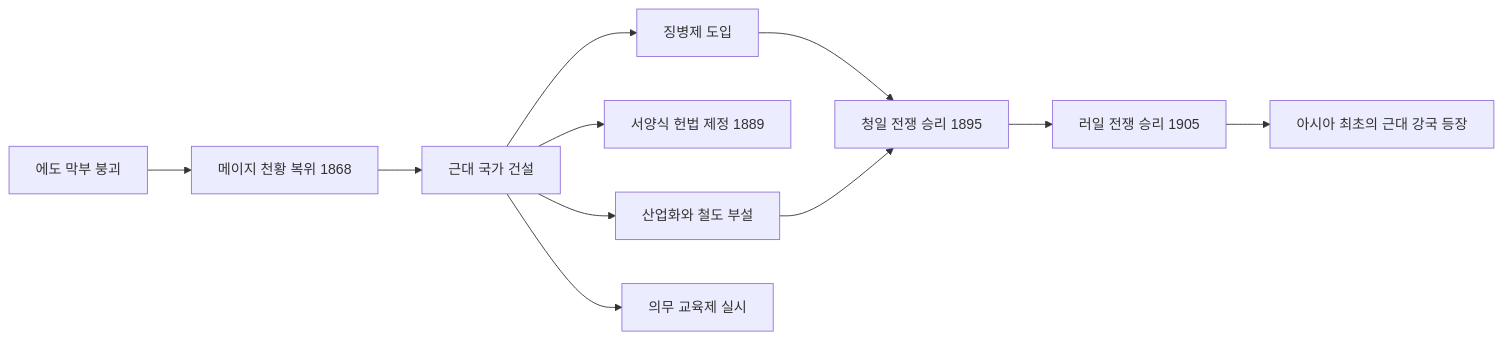
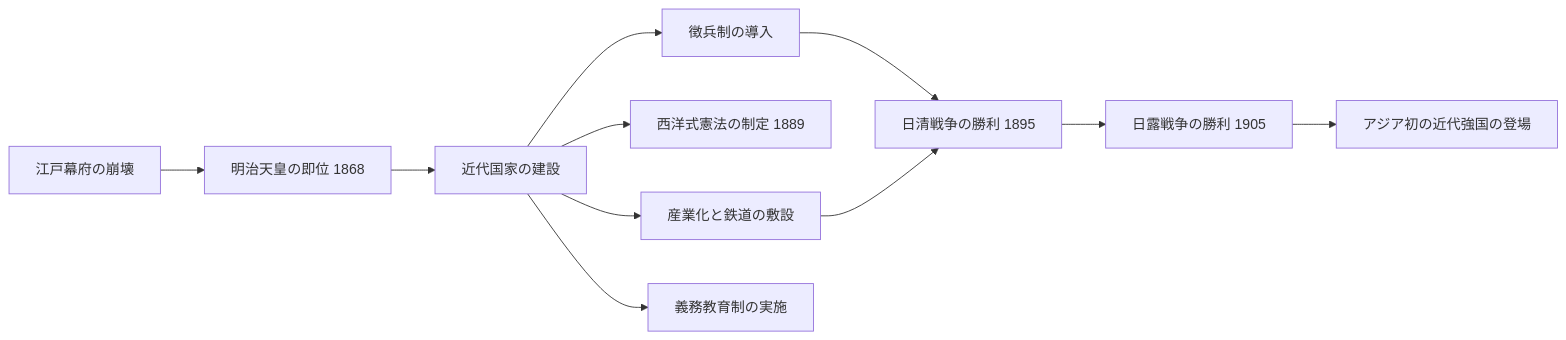
One commit to yuli3/wiki-oiyo changed the diagram in src/content/blog/ja/education-history-everywhere-ch7.mdx. Above: the diagram before and after it, drawn with Mermaid. The commit also changed other lines of this file and 427 other files, not shown here.

````diff
--- a/src/content/blog/ja/education-history-everywhere-ch7.mdx
+++ b/src/content/blog/ja/education-history-everywhere-ch7.mdx
@@ -71,13 +69,13 @@
 ```mermaid
 graph LR
-    A[에도 막부 붕괴] --> B[메이지 천황 복위 1868]
-    B --> C[근대 국가 건설]
-    C --> D1[징병제 도입]
-    C --> D2[서양식 헌법 제정 1889]
-    C --> D3[산업화와 철도 부설]
-    C --> D4[의무 교육제 실시]
-    D1 --> E[청일 전쟁 승리 1895]
+    A[江戸幕府の崩壊] --> B[明治天皇の即位 1868]
+    B --> C[近代国家の建設]
+    C --> D1[徴兵制の導入]
+    C --> D2[西洋式憲法の制定 1889]
+    C --> D3[産業化と鉄道の敷設]
+    C --> D4[義務教育制の実施]
+    D1 --> E[日清戦争の勝利 1895]
     D3 --> E
-    E --> F[러일 전쟁 승리 1905]
-    F --> G[아시아 최초의 근대 강국 등장]
+    E --> F[日露戦争の勝利 1905]
+    F --> G[アジア初の近代強国の登場]
 ```
````
